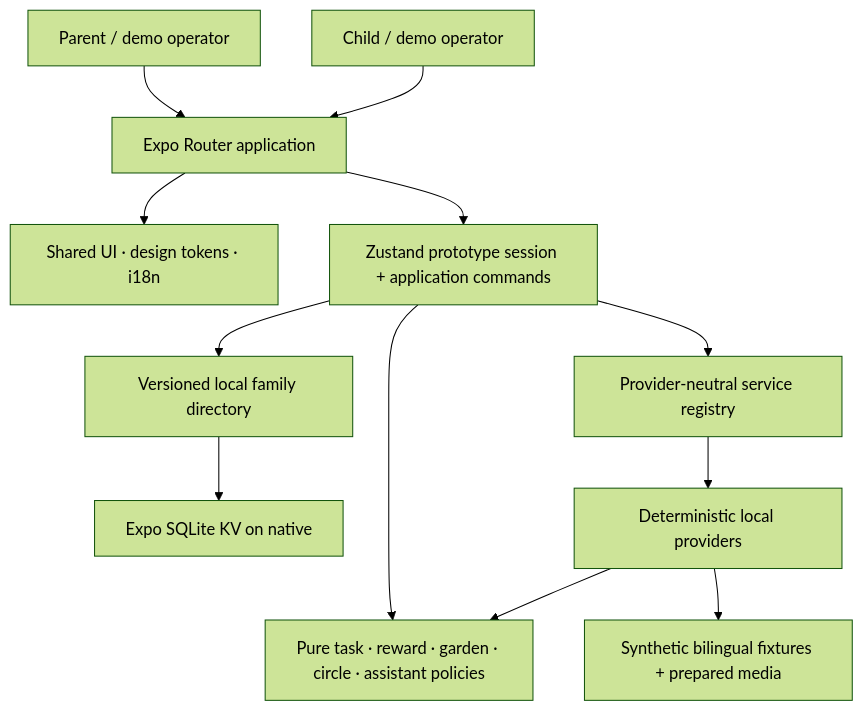
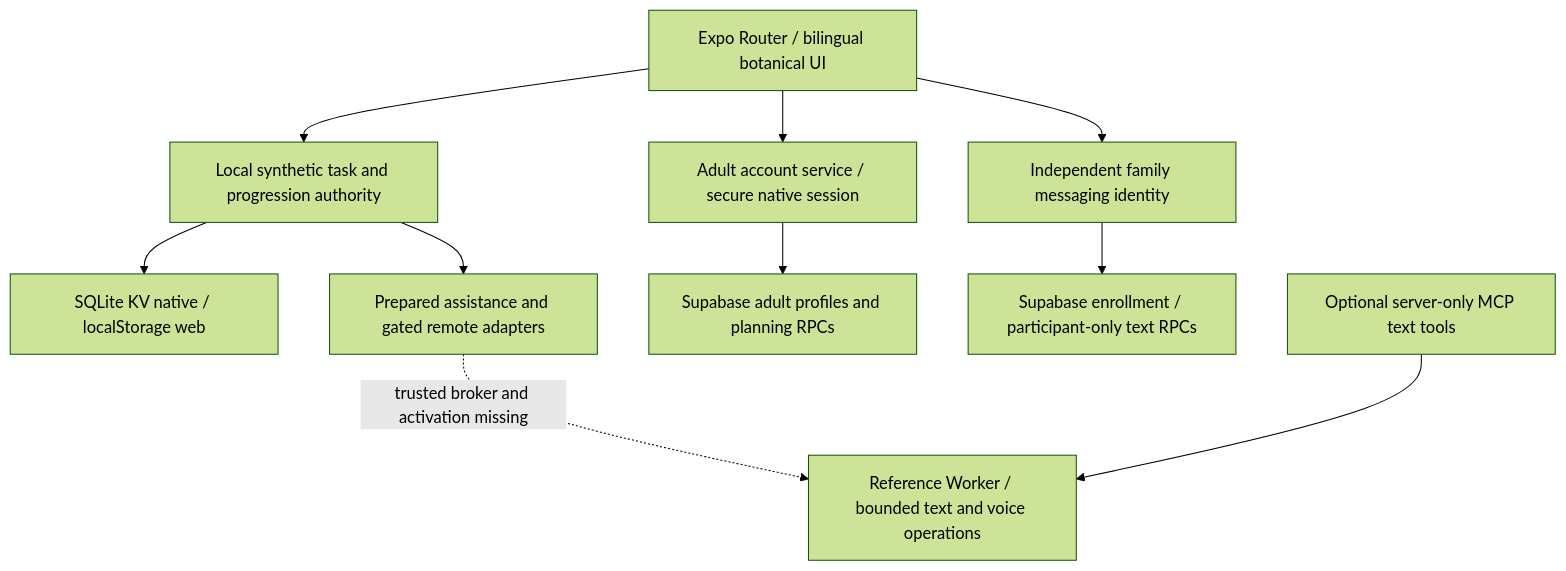
Before and after one commit to abdalrahman-ismaik/Ghaf: the diagram in docs/architecture/system-context.mmd, drawn with Mermaid (forest theme). The commit also changed 14 other files, not shown here.

```diff
--- a/docs/architecture/system-context.mmd
+++ b/docs/architecture/system-context.mmd
@@ -1,24 +1,18 @@
 flowchart TB
-  Parent[Parent / demo operator]
-  Child[Child / demo operator]
-  App[Expo Router application]
-  UI[Shared UI · design tokens · i18n]
-  Store[Zustand prototype session + application commands]
-  Directory[Versioned local family directory]
-  SQLite[Expo SQLite KV on native]
-  Policies[Pure task · reward · garden · circle · assistant policies]
-  Registry[Provider-neutral service registry]
-  Mock[Deterministic local providers]
-  Fixtures[Synthetic bilingual fixtures + prepared media]
-
-  Parent --> App
-  Child --> App
-  App --> UI
-  App --> Store
-  Store --> Directory
-  Directory --> SQLite
-  Store --> Policies
-  Store --> Registry
-  Registry --> Mock
-  Mock --> Policies
-  Mock --> Fixtures
+  App[Expo Router / bilingual botanical UI]
+  Local[Local synthetic task and progression authority]
+  KV[SQLite KV native / localStorage web]
+  Adults[Adult account service / secure native session]
+  AdultDB[Supabase adult profiles and planning RPCs]
+  Messages[Independent family messaging identity]
+  MessageDB[Supabase enrollment / participant-only text RPCs]
+  AI[Prepared assistance and gated remote adapters]
+  Gateway[Reference Worker / bounded text and voice operations]
+  MCP[Optional server-only MCP text tools]
+  App --> Local
+  Local --> KV
+  App --> Adults --> AdultDB
+  App --> Messages --> MessageDB
+  Local --> AI
+  AI -. trusted broker and activation missing .-> Gateway
+  MCP --> Gateway
```
